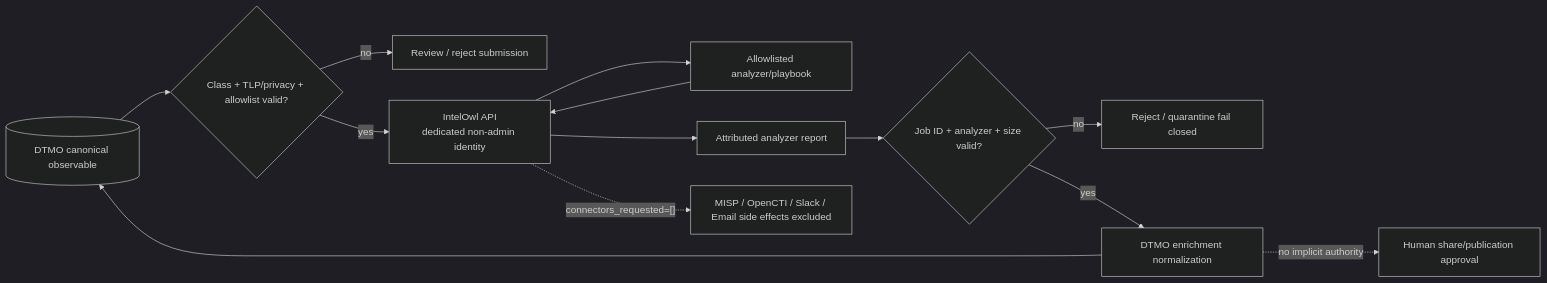
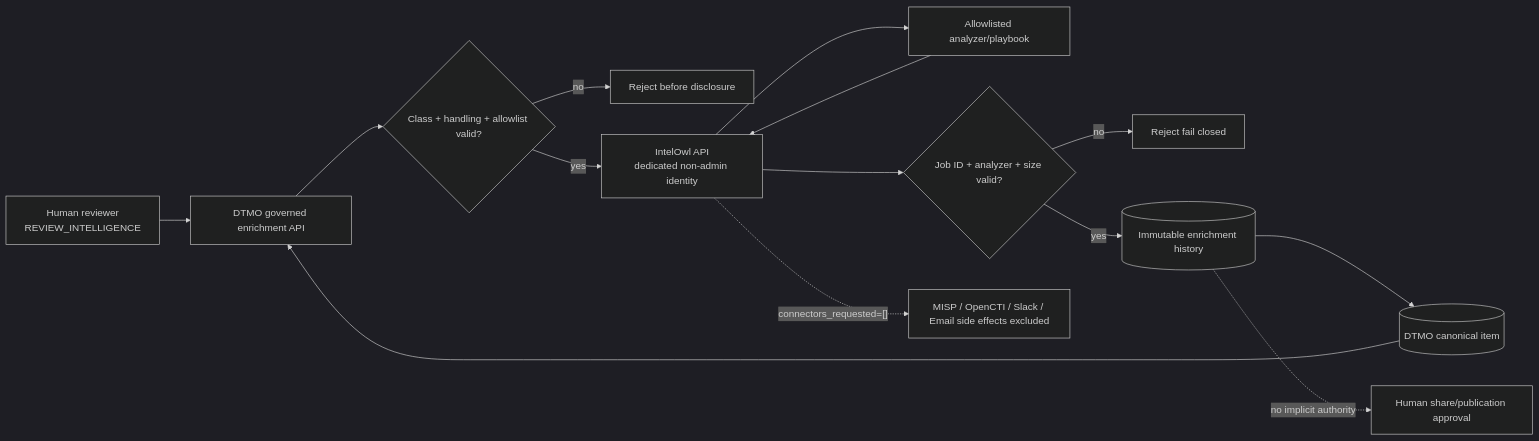
One commit to GJvManen/dtmo changed the diagram in docs/security/SECURITY_OVERVIEW.md. Above: the diagram before and after it, drawn with Mermaid (dark theme). The commit also changed other lines of this file, not shown here.

````diff
--- a/docs/security/SECURITY_OVERVIEW.md
+++ b/docs/security/SECURITY_OVERVIEW.md
@@ -58,15 +60,16 @@
 ```mermaid
 flowchart LR
-    C[(DTMO canonical observable)] --> P{Class + TLP/privacy + allowlist valid?}
-    P -->|no| R[Review / reject submission]
+    H[Human reviewer\nREVIEW_INTELLIGENCE] --> E[DTMO governed enrichment API]
+    C[(DTMO canonical item)] --> E
+    E --> P{Class + handling + allowlist valid?}
+    P -->|no| R[Reject before disclosure]
     P -->|yes| I[IntelOwl API\ndedicated non-admin identity]
     I --> A[Allowlisted analyzer/playbook]
     A --> I
-    I --> E[Attributed analyzer report]
-    E --> V{Job ID + analyzer + size valid?}
-    V -->|no| Q[Reject / quarantine fail closed]
-    V -->|yes| N[DTMO enrichment normalization]
-    N --> C
+    I --> V{Job ID + analyzer + size valid?}
+    V -->|no| Q[Reject fail closed]
+    V -->|yes| D[(Immutable enrichment history)]
+    D --> C
     I -. connectors_requested=[] .-> X[MISP / OpenCTI / Slack / Email side effects excluded]
-    N -. no implicit authority .-> H[Human share/publication approval]
+    D -. no implicit authority .-> S[Human share/publication approval]
 ```
````
